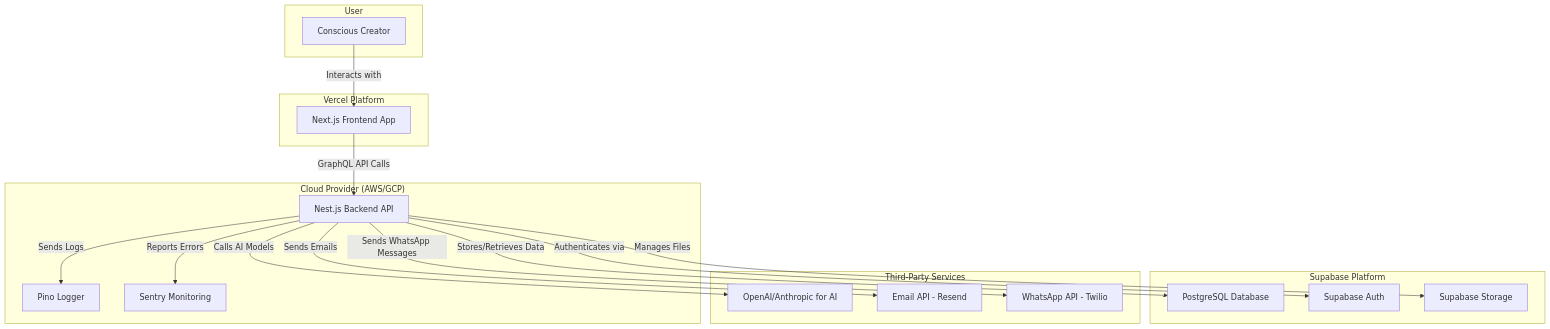
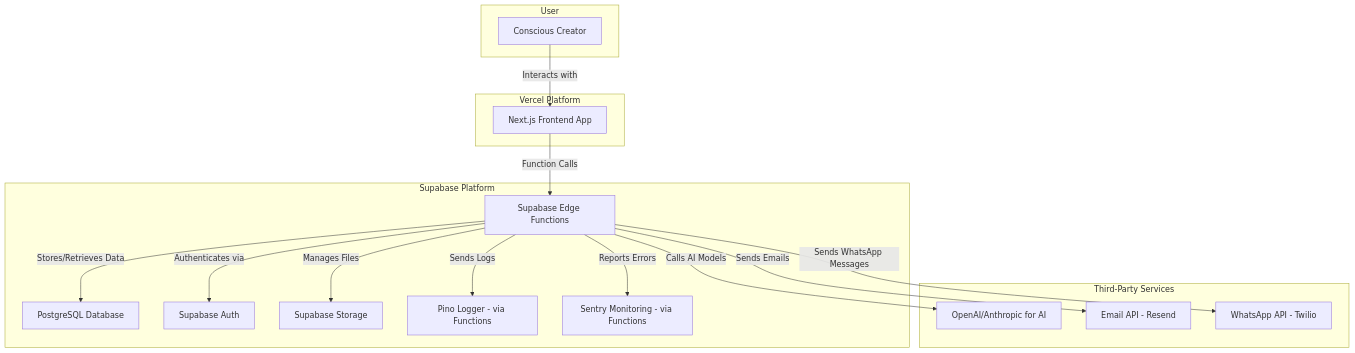
Before and after one commit to gorkifloreser/bmad-alma: the diagram in docs/architecture.md, drawn with Mermaid. The commit also changed other lines of this file and 12 other files, not shown here.

First line of the commit message:
feat(arch): pivot to full supabase backend

````diff
--- a/docs/architecture.md
+++ b/docs/architecture.md
@@ -36,39 +35,36 @@
 ```mermaid
 graph TD
     subgraph "User"
         A[Conscious Creator]
     end
 
     subgraph "Vercel Platform"
         B[Next.js Frontend App]
     end
 
-    subgraph "Cloud Provider (AWS/GCP)"
-        C[Nest.js Backend API]
-        D[Pino Logger]
-        E[Sentry Monitoring]
-    end
-
     subgraph "Supabase Platform"
+        C[Supabase Edge Functions]
         F[PostgreSQL Database]
         G[Supabase Auth]
         H[Supabase Storage]
+        D[Pino Logger - via Functions]
+        E[Sentry Monitoring - via Functions]
     end
     
     subgraph "Third-Party Services"
         I[OpenAI/Anthropic for AI]
         J[Email API - Resend]
         K[WhatsApp API - Twilio]
     end
 
     A -- "Interacts with" --> B;
-    B -- "GraphQL API Calls" --> C;
+    B -- "Function Calls" --> C;
     C -- "Authenticates via" --> G;
     C -- "Stores/Retrieves Data" --> F;
     C -- "Manages Files" --> H;
     C -- "Sends Logs" --> D;
     C -- "Reports Errors" --> E;
     C -- "Calls AI Models" --> I;
     C -- "Sends Emails" --> J;
     C -- "Sends WhatsApp Messages" --> K;
 ```
````
